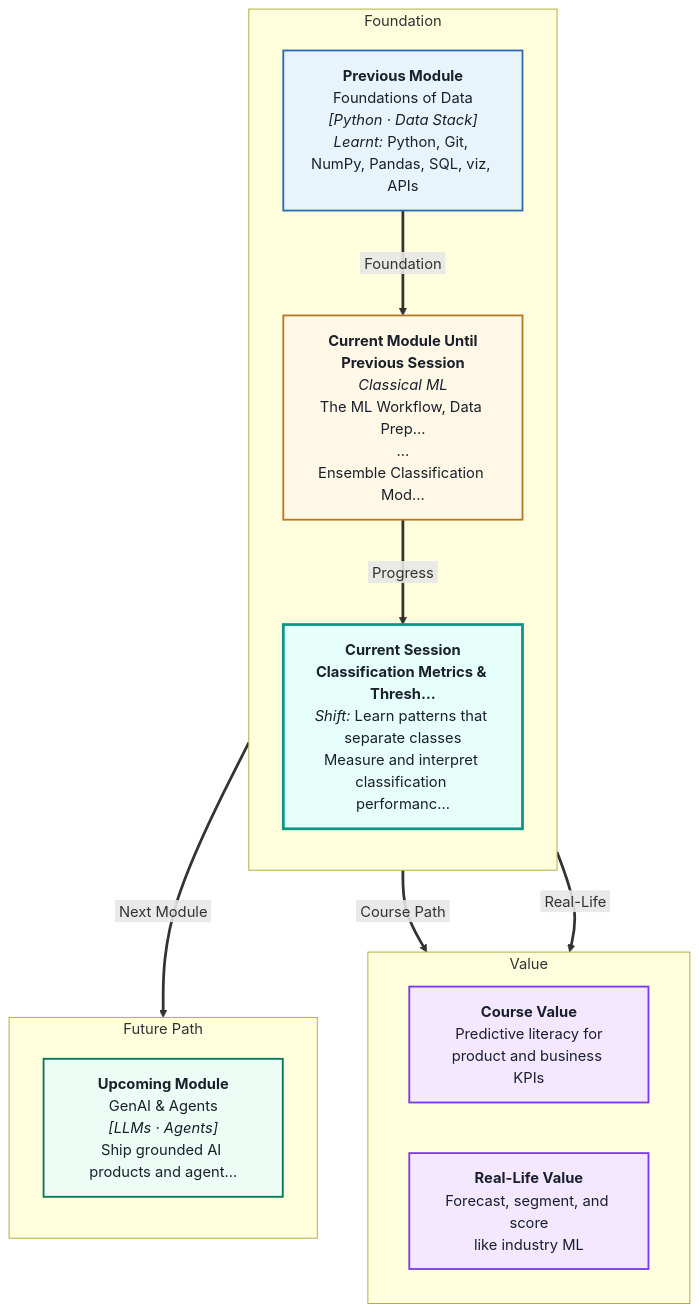
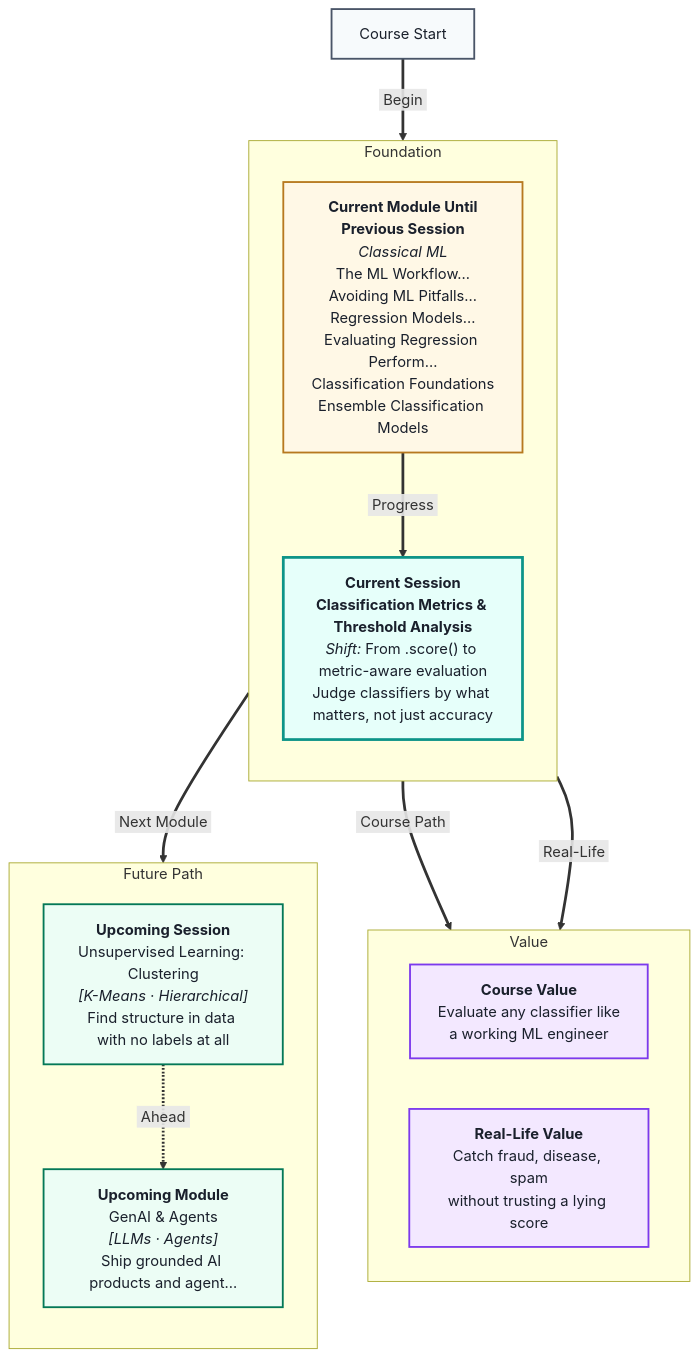
One commit to ritzrmx/Masai_Curriculum changed the diagram in IITP_AIML_Regional/IITP-AIMLTN-2605/Module 2- Classical ML/Session 8- Classification Metrics & Threshold Analysis/mental Map: Classification Metrics & Threshold Analysis.md. Above: the diagram before and after it, drawn with Mermaid. The commit also changed 47 other files, not shown here.

First line of the commit message:
Regenerate Module 2 (Classical ML) lecture scripts, mental maps & coding problems

````diff
--- a/IITP_AIML_Regional/IITP-AIMLTN-2605/Module 2- Classical ML/Session 8- Classification Metrics & Threshold Analysis/mental Map: Classification Metrics & Threshold Analysis.md
+++ b/IITP_AIML_Regional/IITP-AIMLTN-2605/Module 2- Classical ML/Session 8- Classification Metrics & Threshold Analysis/mental Map: Classification Metrics & Threshold Analysis.md
@@ -1,41 +1,42 @@
 ```mermaid
 %%{init: {'flowchart': {'nodeSpacing': 55, 'rankSpacing': 65, 'diagramPadding': 24}}}%%
 flowchart TB
 linkStyle default stroke-width:3px
 
 subgraph foundation[" Foundation "]
 direction TB
-    P0["<b>Previous Module</b><br/>Foundations of Data<br/><i>[Python · Data Stack]</i><br/><i>Learnt:</i> Python, Git, NumPy, Pandas, SQL, viz, APIs"]
-    CURMOD["<b>Current Module Until<br/>Previous Session</b><br/><i>Classical ML</i><br/>The ML Workflow, Data Prep…<br/>…<br/>Ensemble Classification Mod…"]
-    CURSES["<b>Current Session</b><br/><b>Classification Metrics & Thresh…</b><br/><i>Shift:</i> Learn patterns that separate classes<br/>Measure and interpret classification performanc…"]
+    CURMOD["<b>Current Module Until<br/>Previous Session</b><br/><i>Classical ML</i><br/>The ML Workflow…<br/>Avoiding ML Pitfalls…<br/>Regression Models…<br/>Evaluating Regression Perform…<br/>Classification Foundations<br/>Ensemble Classification Models"]
+    CURSES["<b>Current Session</b><br/><b>Classification Metrics & Threshold Analysis</b><br/><i>Shift:</i> From .score() to metric-aware evaluation<br/>Judge classifiers by what matters, not just accuracy"]
 end
 
 subgraph value[" Value "]
 direction LR
-    CVAL["<b>Course Value</b><br/>Predictive literacy for<br/>product and business KPIs"]
-    RVAL["<b>Real-Life Value</b><br/>Forecast, segment, and score<br/>like industry ML"]
+    CVAL["<b>Course Value</b><br/>Evaluate any classifier like<br/>a working ML engineer"]
+    RVAL["<b>Real-Life Value</b><br/>Catch fraud, disease, spam<br/>without trusting a lying score"]
 end
 
 subgraph future[" Future Path "]
 direction TB
-    U0["<b>Upcoming Module</b><br/>GenAI & Agents<br/><i>[LLMs · Agents]</i><br/>Ship grounded AI products and agent…"]
+    U0["<b>Upcoming Session</b><br/>Unsupervised Learning: Clustering<br/><i>[K-Means · Hierarchical]</i><br/>Find structure in data with no labels at all"]
+    U1["<b>Upcoming Module</b><br/>GenAI & Agents<br/><i>[LLMs · Agents]</i><br/>Ship grounded AI products and agent…"]
 end
 
-P0 ==>|&nbsp;Foundation&nbsp;| CURMOD
+START["Course Start"] ==>|&nbsp;Begin&nbsp;| CURMOD
 CURMOD ==>|&nbsp;Progress&nbsp;| CURSES
 CURSES ==>|&nbsp;Course Path&nbsp;| CVAL
 CURSES ==>|&nbsp;Real-Life&nbsp;| RVAL
 CURSES ==>|&nbsp;Next Module&nbsp;| U0
+U0 -.->|&nbsp;Ahead&nbsp;| U1
 
 classDef prevBox fill:#E8F4FC,stroke:#2B6CB0,stroke-width:2px,color:#1A202C
 classDef curModBox fill:#FFF8E6,stroke:#B7791F,stroke-width:2px,color:#1A202C
 classDef curSessBox fill:#E6FFFA,stroke:#0D9488,stroke-width:3px,color:#1A202C
 classDef valueBox fill:#F3E8FF,stroke:#7C3AED,stroke-width:2px,color:#1A202C
 classDef futureBox fill:#ECFDF5,stroke:#047857,stroke-width:2px,color:#1A202C
 classDef startBox fill:#F7FAFC,stroke:#4A5568,stroke-width:2px,color:#1A202C
-class P0 prevBox
+class START startBox
 class CURMOD curModBox
 class CURSES curSessBox
 class CVAL,RVAL valueBox
-class U0 futureBox
+class U0,U1 futureBox
 ```
````
